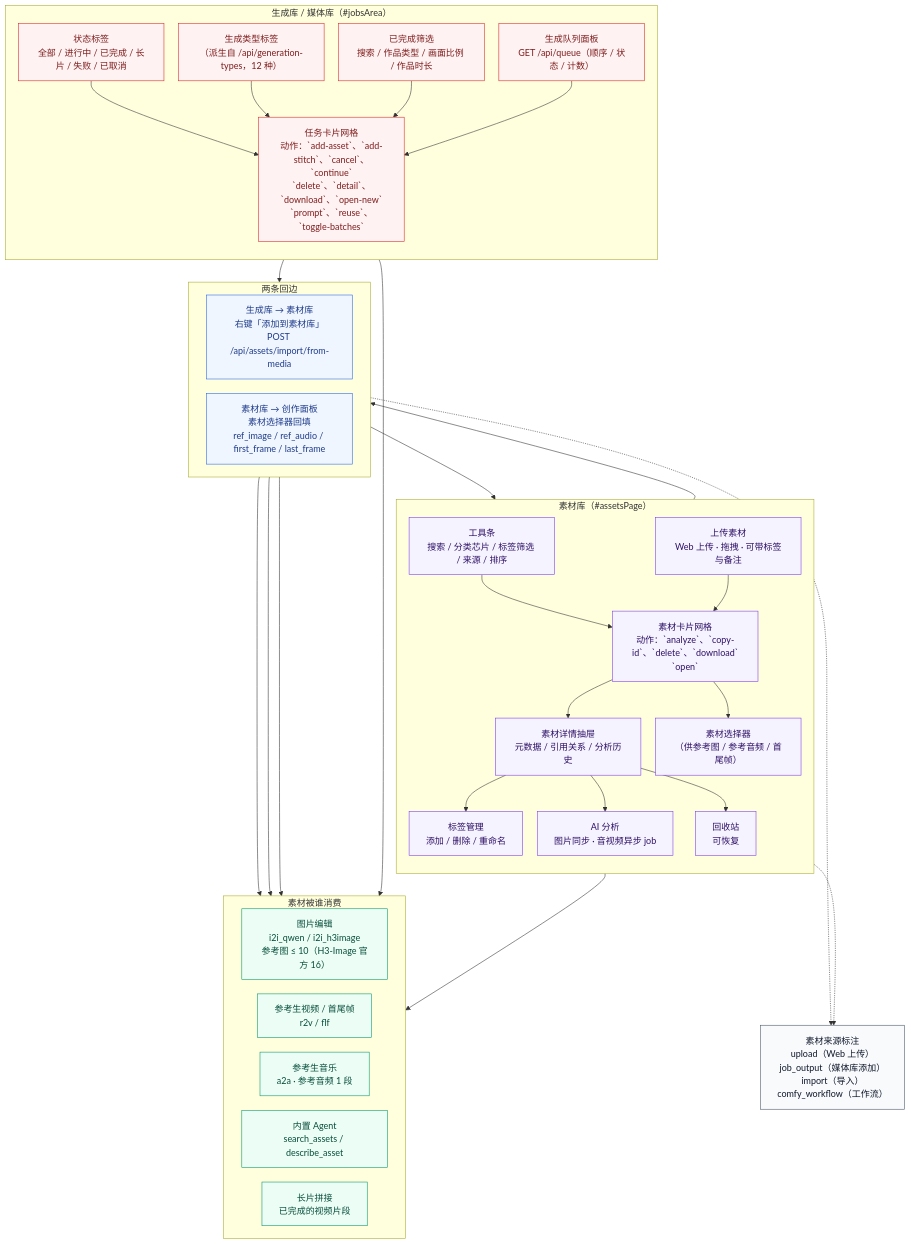
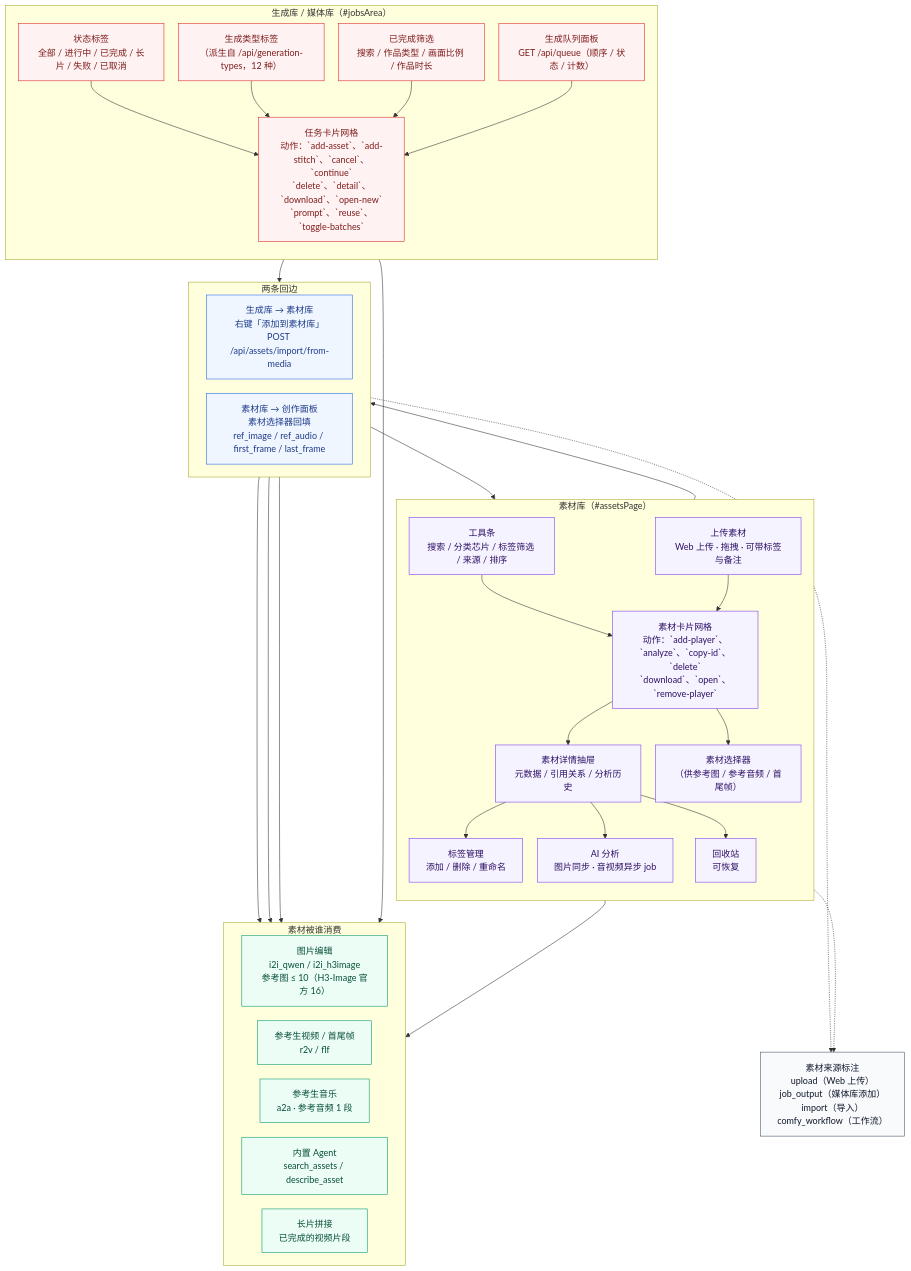
One commit to pixelaigc/ComfyUI-MiniMax-H3-Studio changed the diagram in docs/交互流程图-素材库.mmd. Above: the diagram before and after it, drawn with Mermaid. The commit also changed 49 other files, not shown here.

```diff
--- a/docs/交互流程图-素材库.mmd
+++ b/docs/交互流程图-素材库.mmd
@@ -1,78 +1,78 @@
 %%{init: {"flowchart": {"curve": "basis", "nodeSpacing": 26, "rankSpacing": 40, "htmlLabels": true}, "themeVariables": {"fontFamily": "Noto Sans CJK SC, Noto Sans SC, DejaVu Sans, sans-serif"}}}%%
 %% 交互流程图 · ② 素材库（assets）与生成库（jobs）的双向联动
 %% 本文件由 scripts/gen_flow.py 从 scripts/templates/flow-assets.mmd 生成，请勿手改。
 %% 要改流程形状请改 scripts/templates/flow-assets.mmd，然后跑 `make flow`。
 flowchart TD
 
   subgraph LIB["素材库（#assetsPage）"]
     direction TB
     A_TOOLBAR["工具条<br/>搜索 / 分类芯片 / 标签筛选 / 来源 / 排序"]
     A_UP["上传素材<br/>Web 上传 · 拖拽 · 可带标签与备注"]
-    A_GRID["素材卡片网格<br/>动作：`analyze`、`copy-id`、`delete`、`download`<br/>`open`"]
+    A_GRID["素材卡片网格<br/>动作：`add-player`、`analyze`、`copy-id`、`delete`<br/>`download`、`open`、`remove-player`"]
     A_DRAWER["素材详情抽屉<br/>元数据 / 引用关系 / 分析历史"]
     A_TAG["标签管理<br/>添加 / 删除 / 重命名"]
     A_ANALYZE["AI 分析<br/>图片同步 · 音视频异步 job"]
     A_TRASH["回收站<br/>可恢复"]
     A_PICKER["素材选择器<br/>（供参考图 / 参考音频 / 首尾帧）"]
   end
 
   A_TOOLBAR --> A_GRID
   A_UP --> A_GRID
   A_GRID --> A_DRAWER
   A_DRAWER --> A_TAG
   A_DRAWER --> A_ANALYZE
   A_DRAWER --> A_TRASH
 
   subgraph JOBS["生成库 / 媒体库（#jobsArea）"]
     direction TB
     J_TABS["状态标签<br/>全部 / 进行中 / 已完成 / 长片 / 失败 / 已取消"]
     J_TYPES["生成类型标签<br/>（派生自 /api/generation-types，12 种）"]
     J_FILTER["已完成筛选<br/>搜索 / 作品类型 / 画面比例 / 作品时长"]
     J_GRID["任务卡片网格<br/>动作：`add-asset`、`add-stitch`、`cancel`、`continue`<br/>`delete`、`detail`、`download`、`open-new`<br/>`prompt`、`reuse`、`toggle-batches`"]
     J_QUEUE["生成队列面板<br/>GET /api/queue（顺序 / 状态 / 计数）"]
   end
 
   J_TABS --> J_GRID
   J_TYPES --> J_GRID
   J_FILTER --> J_GRID
   J_QUEUE --> J_GRID
   subgraph FLOW["两条回边"]
     direction LR
     J2A["生成库 → 素材库<br/>右键「添加到素材库」<br/>POST /api/assets/import/from-media"]
     A2J["素材库 → 创作面板<br/>素材选择器回填<br/>ref_image / ref_audio / first_frame / last_frame"]
   end
 
   J_GRID --> J2A --> A_GRID
   A_GRID --> A_PICKER --> A2J
 
   subgraph CONSUMERS["素材被谁消费"]
     direction LR
     C_IMG["图片编辑<br/>i2i_qwen / i2i_h3image<br/>参考图 ≤ 10（H3-Image 官方 16）"]
     C_VID["参考生视频 / 首尾帧<br/>r2v / flf"]
     C_AUD["参考生音乐<br/>a2a · 参考音频 1 段"]
     C_AG["内置 Agent<br/>search_assets / describe_asset"]
     C_STITCH["长片拼接<br/>已完成的视频片段"]
   end
 
   A2J --> C_IMG
   A2J --> C_VID
   A2J --> C_AUD
   A_GRID --> C_AG
   J_GRID --> C_STITCH
 
   NOTE["素材来源标注<br/>upload（Web 上传）<br/>job_output（媒体库添加）<br/>import（导入）<br/>comfy_workflow（工作流）"]
 
   A_UP -.-> NOTE
   J2A -.-> NOTE
 
   classDef lib fill:#f5f3ff,stroke:#7c3aed,stroke-width:1px,color:#2e1065;
   classDef jobs fill:#fef2f2,stroke:#dc2626,stroke-width:1px,color:#7f1d1d;
   classDef flow fill:#eff6ff,stroke:#2563eb,stroke-width:1px,color:#1e3a8a;
   classDef use fill:#ecfdf5,stroke:#059669,stroke-width:1px,color:#064e3b;
   classDef note fill:#f8fafc,stroke:#475569,stroke-width:1px,color:#0f172a;
 
   class A_TOOLBAR,A_UP,A_GRID,A_DRAWER,A_TAG,A_ANALYZE,A_TRASH,A_PICKER lib;
   class J_TABS,J_TYPES,J_FILTER,J_GRID,J_QUEUE jobs;
   class J2A,A2J flow;
   class C_IMG,C_VID,C_AUD,C_AG,C_STITCH use;
   class NOTE note;
```
